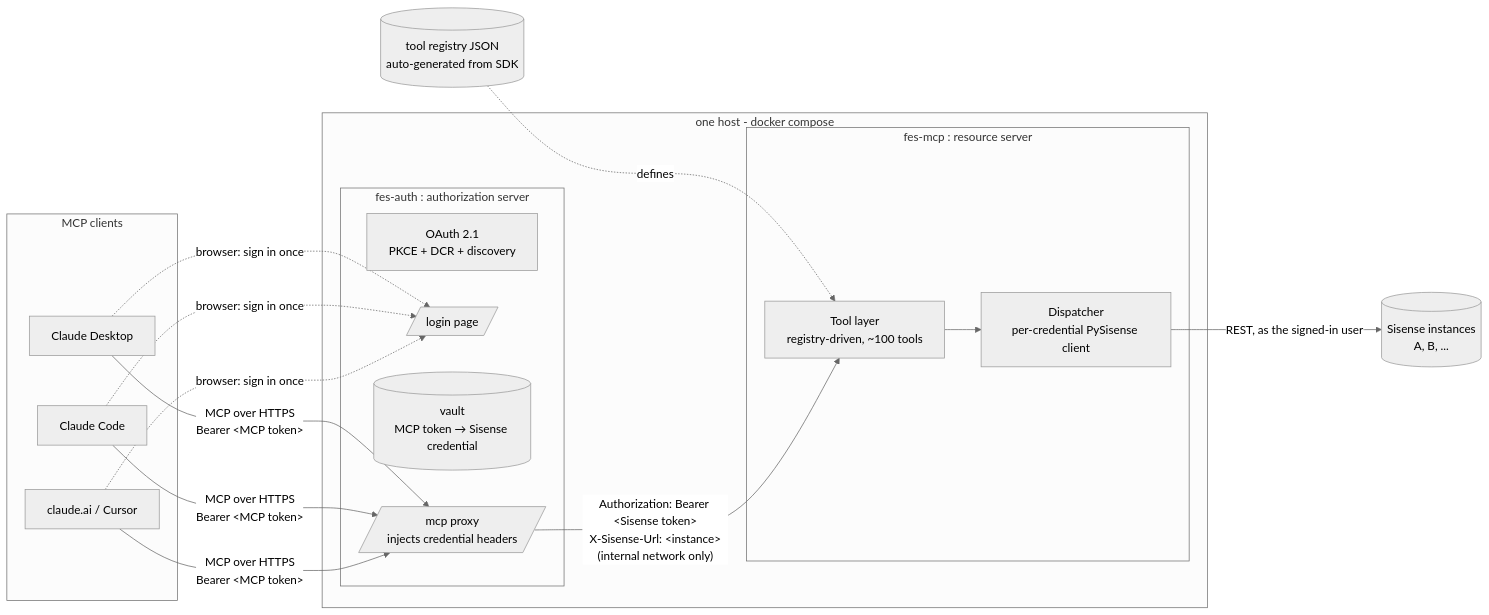
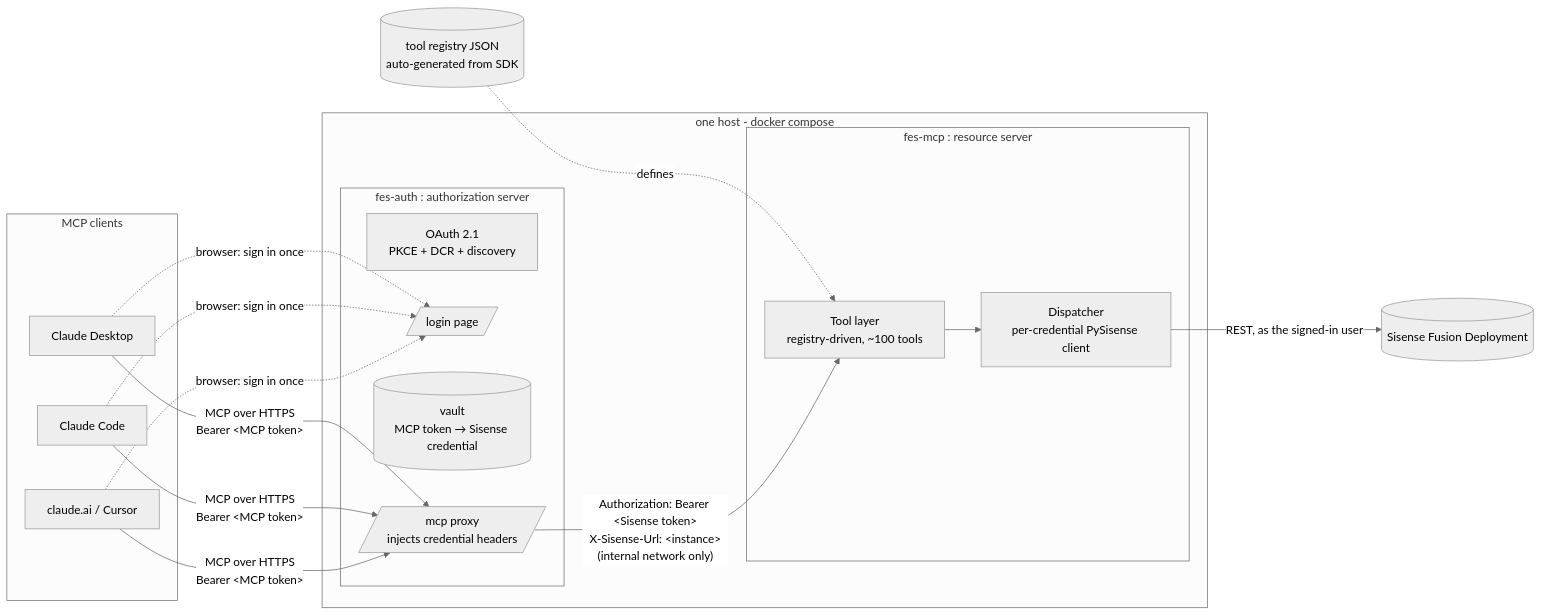
The first of 3 diagrams in README.md (hnegi01/fes-mcp), drawn with Mermaid (neutral theme) before and after one commit.

Commit message:
README: label the diagram's Sisense node "Sisense Fusion Deployment"

````diff
--- a/README.md
+++ b/README.md
@@ -45,29 +45,29 @@
 ```mermaid
 flowchart LR
     subgraph clients [MCP clients]
         C1[Claude Desktop]
         C2[Claude Code]
         C3[claude.ai / Cursor]
     end
 
     subgraph box [one host - docker compose]
         subgraph AS [fes-auth : authorization server]
             O[OAuth 2.1\nPKCE + DCR + discovery]
             L[/login page/]
             V[(vault\nMCP token → Sisense credential)]
             P[/mcp proxy\ninjects credential headers/]
         end
         subgraph RS [fes-mcp : resource server]
             T[Tool layer\nregistry-driven, ~100 tools]
             D[Dispatcher\nper-credential PySisense client]
         end
     end
 
     R[(tool registry JSON\nauto-generated from SDK)] -.defines.-> T
 
     C1 & C2 & C3 -- "MCP over HTTPS\nBearer &lt;MCP token&gt;" --> P
     C1 & C2 & C3 -. "browser: sign in once" .-> L
     P -- "Authorization: Bearer &lt;Sisense token&gt;\nX-Sisense-Url: &lt;instance&gt;\n(internal network only)" --> T
     T --> D
-    D -- "REST, as the signed-in user" --> F[(Sisense instances\nA, B, ...)]
+    D -- "REST, as the signed-in user" --> F[(Sisense Fusion Deployment)]
 ```
````
